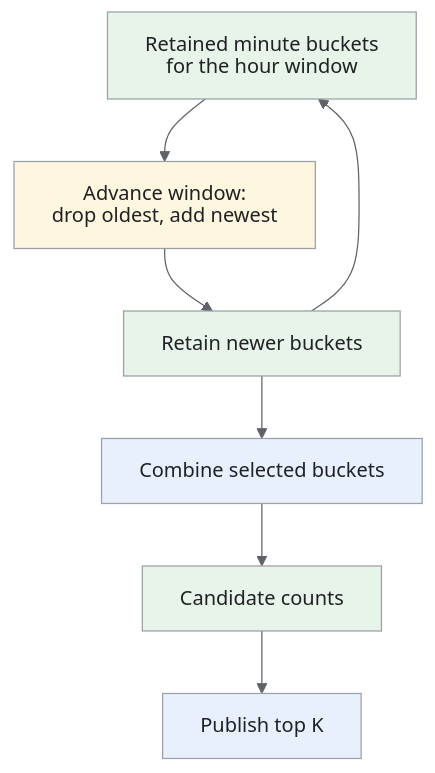
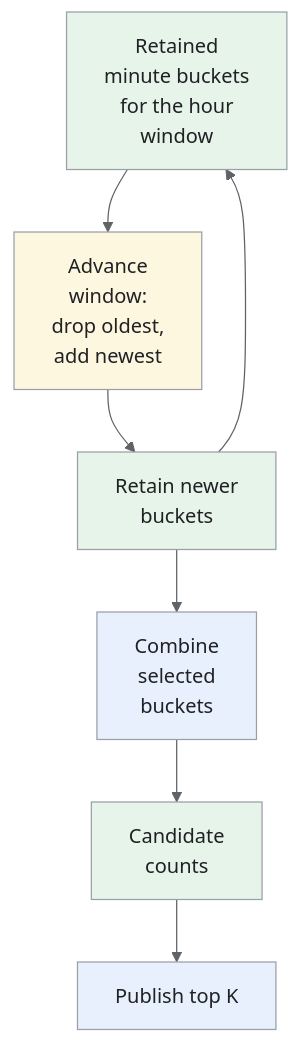
The fourth of 5 diagrams in _designs/system-design-top-k.md (iliazlobin/iliazlobin.github.io), drawn with Mermaid before and after one commit. The commit also changed other lines of this file and 116 other files, not shown here.

````diff
--- a/_designs/system-design-top-k.md
+++ b/_designs/system-design-top-k.md
@@ -253,17 +287,17 @@
 ```mermaid
-%%{init: {'theme':'base','htmlLabels':false,'flowchart':{'htmlLabels':false},'themeVariables':{'fontFamily':'Arial, sans-serif','primaryColor':'#e8f0fe','primaryTextColor':'#202124','primaryBorderColor':'#9aa0a6','lineColor':'#5f6368','secondaryColor':'#e6f4ea','tertiaryColor':'#fef7e0','actorBkg':'#e8f0fe','actorBorder':'#9aa0a6','actorTextColor':'#202124','noteBkgColor':'#fef7e0','noteTextColor':'#202124','noteBorderColor':'#9aa0a6','signalColor':'#5f6368','signalTextColor':'#202124','labelBoxBkgColor':'#fef7e0','labelBoxBorderColor':'#9aa0a6'}}}%%
+%%{init: {"theme":"base","themeVariables":{"primaryColor":"#e8f0fe","primaryBorderColor":"#9aa0a6","primaryTextColor":"#202124","secondaryColor":"#e6f4ea","tertiaryColor":"#fef7e0","lineColor":"#5f6368","actorBkg":"#e8f0fe","actorBorder":"#9aa0a6","actorTextColor":"#202124","noteBkgColor":"#fef7e0","noteBorderColor":"#9aa0a6","noteTextColor":"#202124","signalColor":"#5f6368","signalTextColor":"#202124"}}}%%
 flowchart TB
-    A["Retained minute buckets<br/>for the hour window"] --> B["Advance window:<br/>drop oldest, add newest"]
-    B --> C["Retain newer buckets"]
+    A["Retained<br>minute buckets<br>for the hour<br>window"] --> B["Advance<br>window:<br>drop oldest,<br>add newest"]
+    B --> C["Retain newer<br>buckets"]
     C --> A
-    C --> D["Combine selected buckets"]
-    D --> E["Candidate counts"]
+    C --> D["Combine<br>selected<br>buckets"]
+    D --> E["Candidate<br>counts"]
     E --> F["Publish top K"]
     class A,C,E data;
     class B control;
     class D,F request;
 classDef request fill:#e8f0fe,stroke:#9aa0a6,color:#202124;
 classDef data fill:#e6f4ea,stroke:#9aa0a6,color:#202124;
 classDef control fill:#fef7e0,stroke:#9aa0a6,color:#202124;
 classDef danger fill:#fce8e6,stroke:#9aa0a6,color:#202124;
 ```
````
